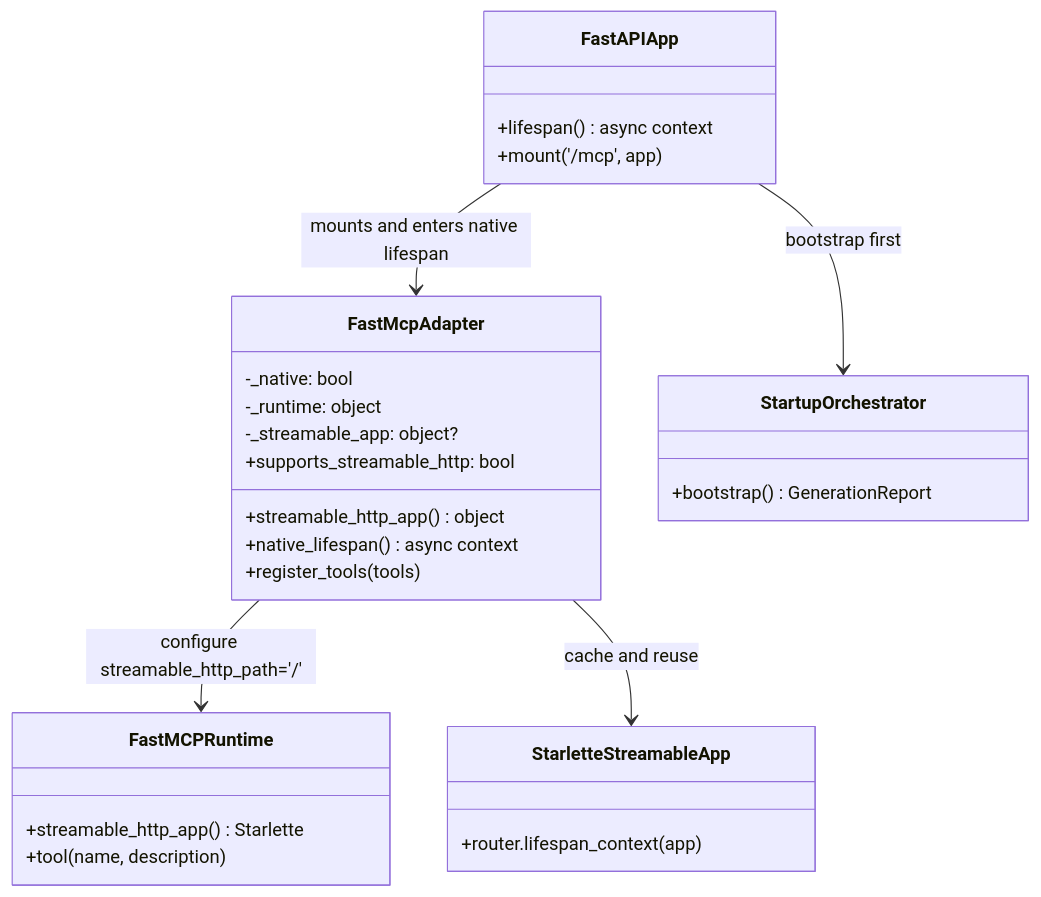
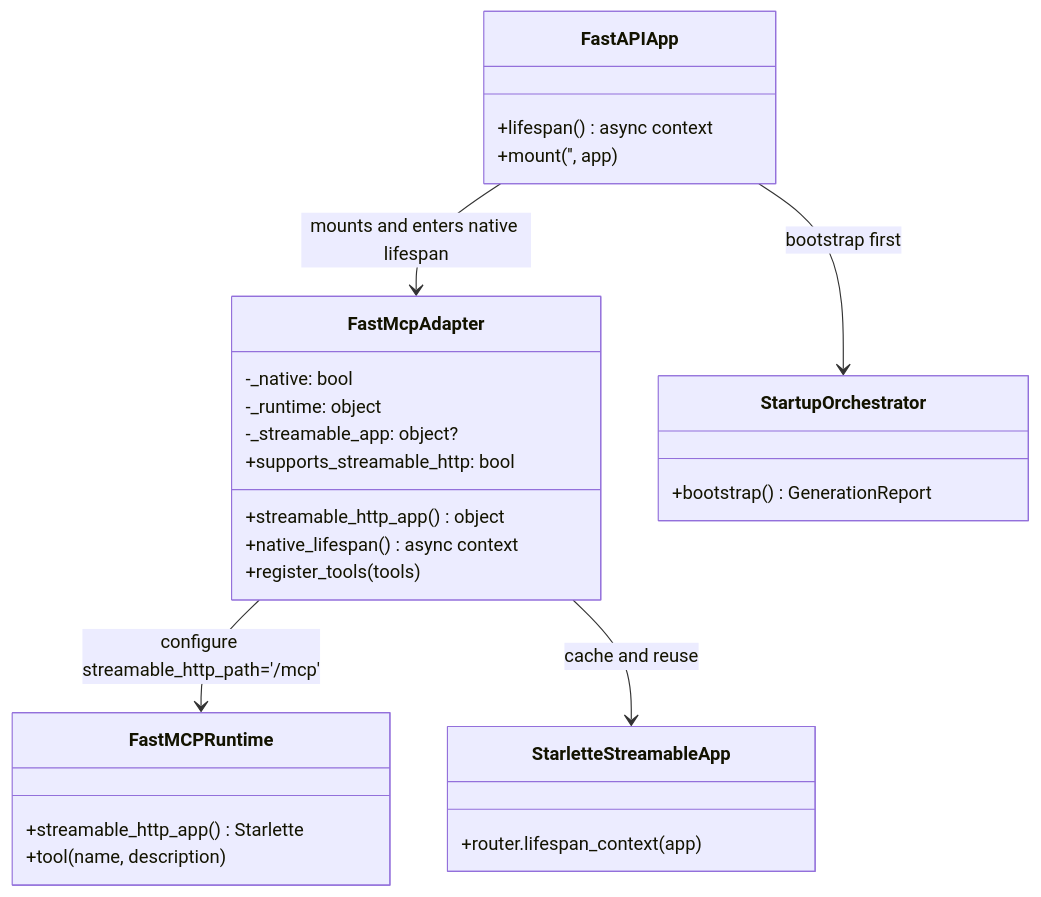
The diagram in docs/diagrams/0005-class-streamable-lifecycle-fix.md (Albe83/openapi-to-mcp), drawn with Mermaid before and after one commit. The commit also changed 6 other files, not shown here.

Commit message:
fix(mcp): make /mcp canonical streamable endpoint

````diff
--- a/docs/diagrams/0005-class-streamable-lifecycle-fix.md
+++ b/docs/diagrams/0005-class-streamable-lifecycle-fix.md
@@ -7,35 +7,35 @@
 ```mermaid
 classDiagram
   class FastMcpAdapter {
     -_native: bool
     -_runtime: object
     -_streamable_app: object?
     +supports_streamable_http: bool
     +streamable_http_app() object
     +native_lifespan() async context
     +register_tools(tools)
   }
 
   class FastAPIApp {
     +lifespan() async context
-    +mount('/mcp', app)
+    +mount('', app)
   }
 
   class StartupOrchestrator {
     +bootstrap() GenerationReport
   }
 
   class FastMCPRuntime {
     +streamable_http_app() Starlette
     +tool(name, description)
   }
 
   class StarletteStreamableApp {
     +router.lifespan_context(app)
   }
 
   FastAPIApp --> StartupOrchestrator : bootstrap first
   FastAPIApp --> FastMcpAdapter : mounts and enters native lifespan
-  FastMcpAdapter --> FastMCPRuntime : configure streamable_http_path='/'
+  FastMcpAdapter --> FastMCPRuntime : configure streamable_http_path='/mcp'
   FastMcpAdapter --> StarletteStreamableApp : cache and reuse
 ```
````
